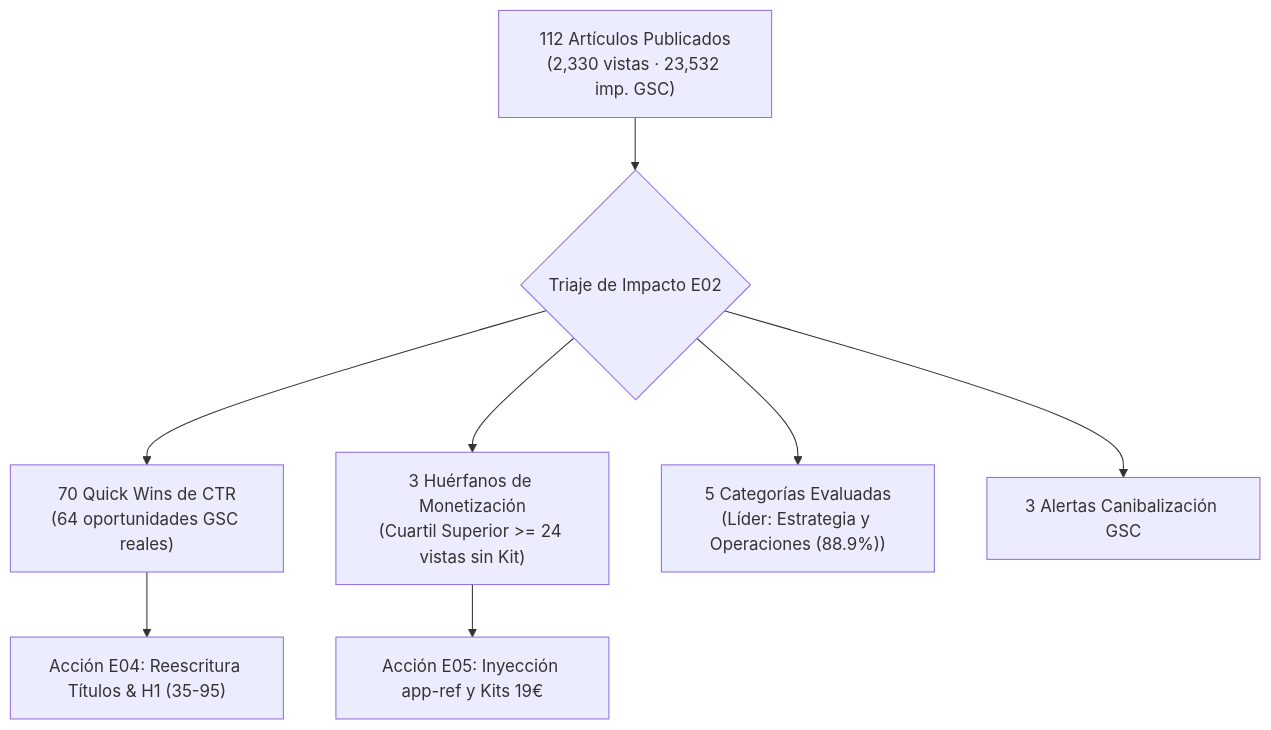
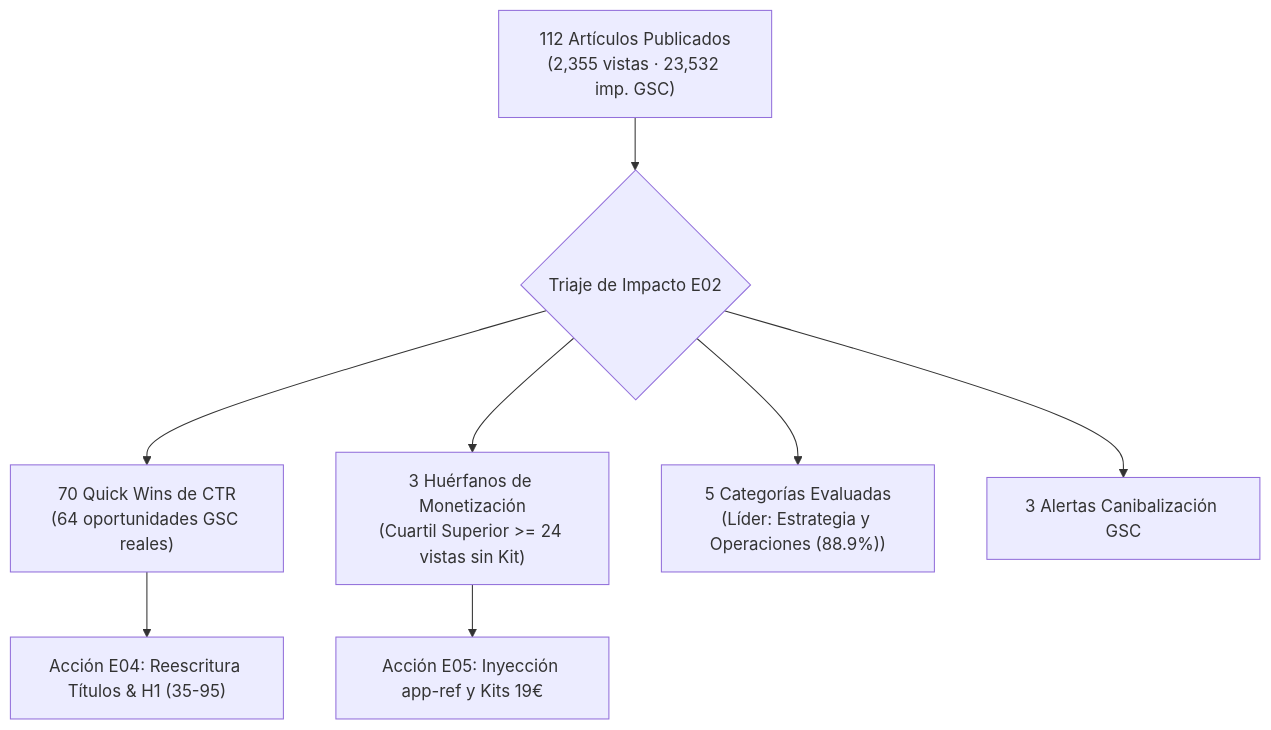
The diagram in specs/audit/IMPACT_REPORT.md (Dalaez/datalaria-website), drawn with Mermaid before and after one commit. The commit also changed other lines of this file and 9 other files, not shown here.

````diff
--- a/specs/audit/IMPACT_REPORT.md
+++ b/specs/audit/IMPACT_REPORT.md
@@ -24,10 +24,10 @@
 ```mermaid
 flowchart TD
-    A["112 Artículos Publicados\n(2,330 vistas · 23,532 imp. GSC)"] --> B{"Triaje de Impacto E02"}
+    A["112 Artículos Publicados\n(2,355 vistas · 23,532 imp. GSC)"] --> B{"Triaje de Impacto E02"}
     B --> C["70 Quick Wins de CTR\n(64 oportunidades GSC reales)"]
     B --> D["3 Huérfanos de Monetización\n(Cuartil Superior >= 24 vistas sin Kit)"]
     B --> E["5 Categorías Evaluadas\n(Líder: Estrategia y Operaciones (88.9%))"]
     B --> H["3 Alertas Canibalización GSC"]
     C --> F["Acción E04: Reescritura Títulos & H1 (35-95)"]
     D --> G["Acción E05: Inyección app-ref y Kits 19€"]
 ```
````
